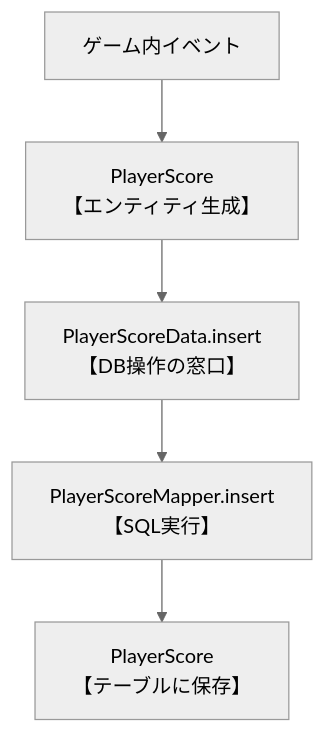
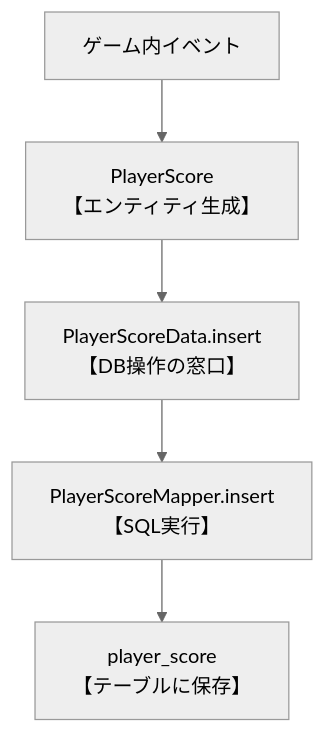
One commit to SeiyaYanamoto/EnemyDown changed the second of 2 diagrams in README.md. Above: the diagram before and after it, drawn with Mermaid (neutral theme). The commit also changed other lines of this file, not shown here.

````diff
--- a/README.md
+++ b/README.md
@@ -84,7 +73,7 @@
 ```mermaid
 flowchart TD
     A[ゲーム内イベント] --> B[PlayerScore<br>【エンティティ生成】]
     B --> C[PlayerScoreData.insert<br>【DB操作の窓口】]
     C --> D[PlayerScoreMapper.insert<br>【SQL実行】]
-    D --> E[PlayerScore<br>【テーブルに保存】]
+    D --> E[player_score<br>【テーブルに保存】]
 ```
````
